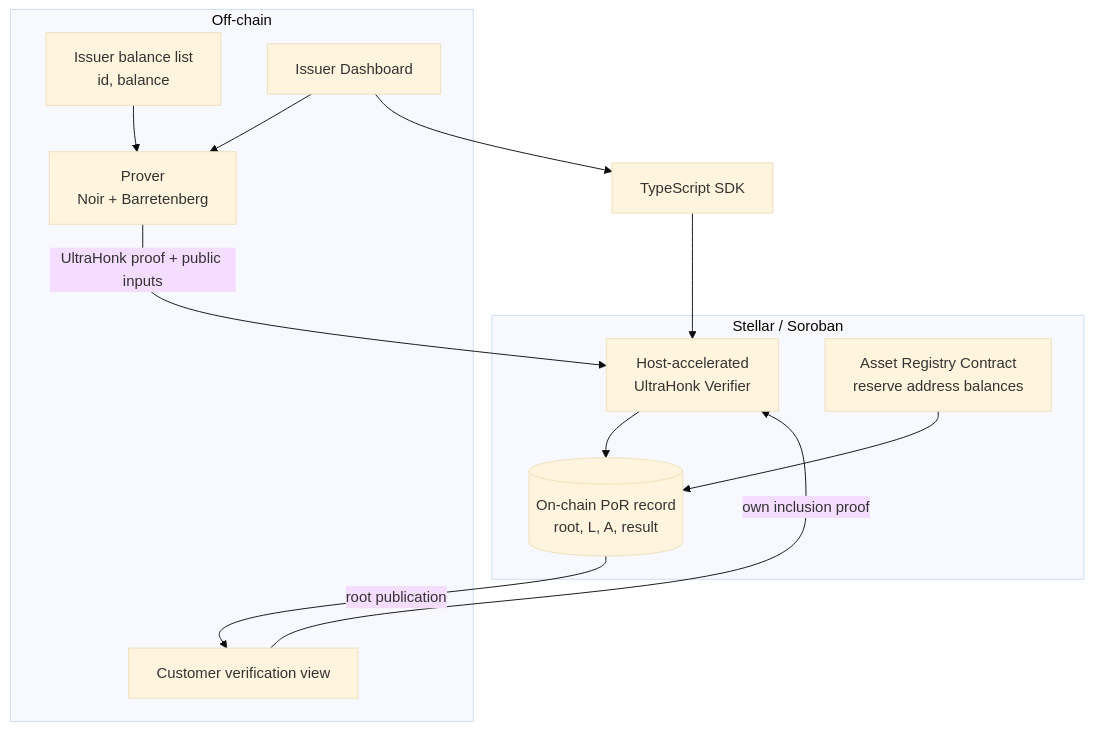
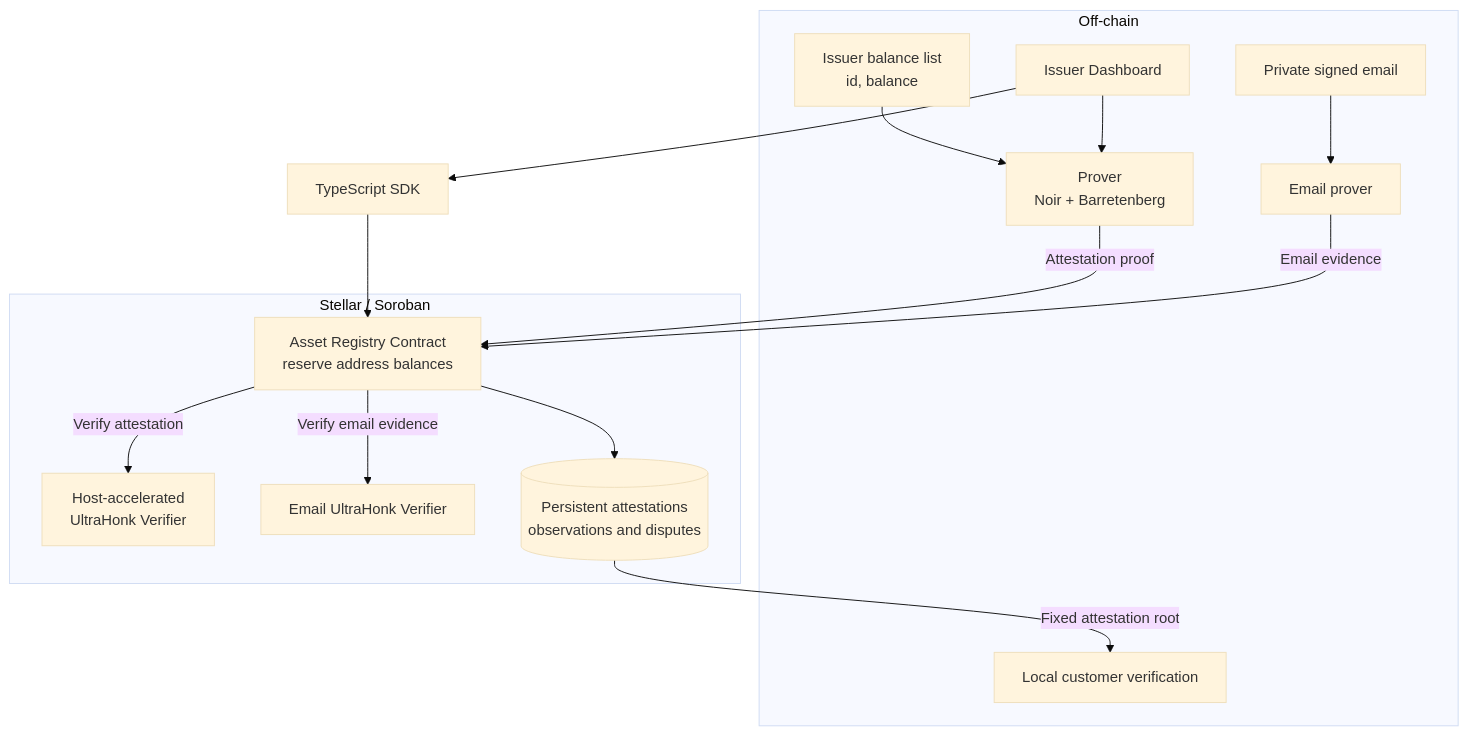
One commit to Errorist79/zkPoR changed the first of 2 diagrams in docs/architecture.md. Above: the diagram before and after it, drawn with Mermaid (base theme). The commit also changed other lines of this file and 7 other files, not shown here.

````diff
--- a/docs/architecture.md
+++ b/docs/architecture.md
@@ -70,27 +69,32 @@
 ```mermaid
 graph TB
     subgraph OFF["Off-chain"]
         BAL[Issuer balance list<br/>id, balance]
         PROVER[Prover<br/>Noir + Barretenberg]
+        EMAIL[Private signed email]
+        EPROVER[Email prover]
         DASH[Issuer Dashboard]
-        UVIEW[Customer verification view]
+        UVIEW[Local customer verification]
     end
 
     subgraph CHAIN["Stellar / Soroban"]
         VERIFIER[Host-accelerated<br/>UltraHonk Verifier]
+        EVERIFIER[Email UltraHonk Verifier]
         REGISTRY[Asset Registry Contract<br/>reserve address balances]
-        STATE[(On-chain PoR record<br/>root, L, A, result)]
+        STATE[(Persistent attestations<br/>observations and disputes)]
     end
 
     SDK[TypeScript SDK]
 
     BAL --> PROVER
-    PROVER -->|UltraHonk proof + public inputs| VERIFIER
+    PROVER -->|Attestation proof| REGISTRY
+    EMAIL --> EPROVER
+    EPROVER -->|Email evidence| REGISTRY
     DASH --> PROVER
     DASH --> SDK
-    SDK --> VERIFIER
-    VERIFIER --> STATE
+    SDK --> REGISTRY
+    REGISTRY -->|Verify attestation| VERIFIER
+    REGISTRY -->|Verify email evidence| EVERIFIER
     REGISTRY --> STATE
-    STATE -->|root publication| UVIEW
-    UVIEW -->|own inclusion proof| VERIFIER
+    STATE -->|Fixed attestation root| UVIEW
 ```
````
